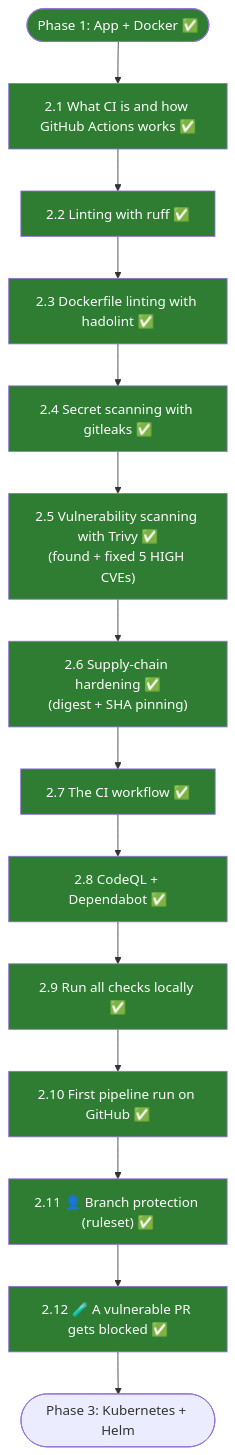
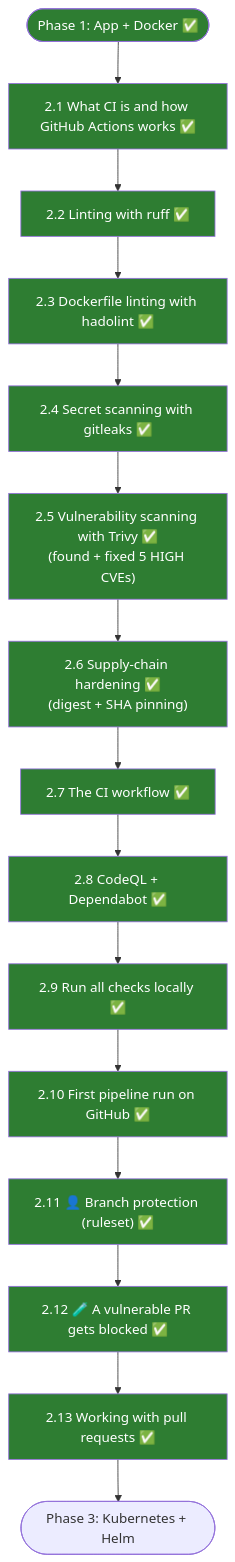
One commit to valinfernanda/devops-project changed the first of 6 diagrams in docs/02-ci.md. Above: the diagram before and after it, drawn with Mermaid. The commit also changed other lines of this file, not shown here.

Commit message:
docs: add Step 2.13, working with pull requests (clicks, settings, mistakes)

````diff
--- a/docs/02-ci.md
+++ b/docs/02-ci.md
@@ -15,20 +15,21 @@
 ```mermaid
 flowchart TD
     P1(["Phase 1: App + Docker ✅"]) --> A
     A["2.1 What CI is and how GitHub Actions works ✅"] --> B["2.2 Linting with ruff ✅"]
     B --> C["2.3 Dockerfile linting with hadolint ✅"]
     C --> D["2.4 Secret scanning with gitleaks ✅"]
     D --> E["2.5 Vulnerability scanning with Trivy ✅<br/>(found + fixed 5 HIGH CVEs)"]
     E --> F["2.6 Supply-chain hardening ✅<br/>(digest + SHA pinning)"]
     F --> G["2.7 The CI workflow ✅"]
     G --> H["2.8 CodeQL + Dependabot ✅"]
     H --> I["2.9 Run all checks locally ✅"]
     I --> J["2.10 First pipeline run on GitHub ✅"]
     J --> K["2.11 👤 Branch protection (ruleset) ✅"]
     K --> L["2.12 🧪 A vulnerable PR gets blocked ✅"]
-    L --> P3(["Phase 3: Kubernetes + Helm"])
+    L --> M2["2.13 Working with pull requests ✅"]
+    M2 --> P3(["Phase 3: Kubernetes + Helm"])
 
     classDef done fill:#2e7d32,color:#fff
     classDef wait fill:#f9a825,color:#000
-    class P1,A,B,C,D,E,F,G,H,I,J,K,L done
+    class P1,A,B,C,D,E,F,G,H,I,J,K,L,M2 done
 ```
````
